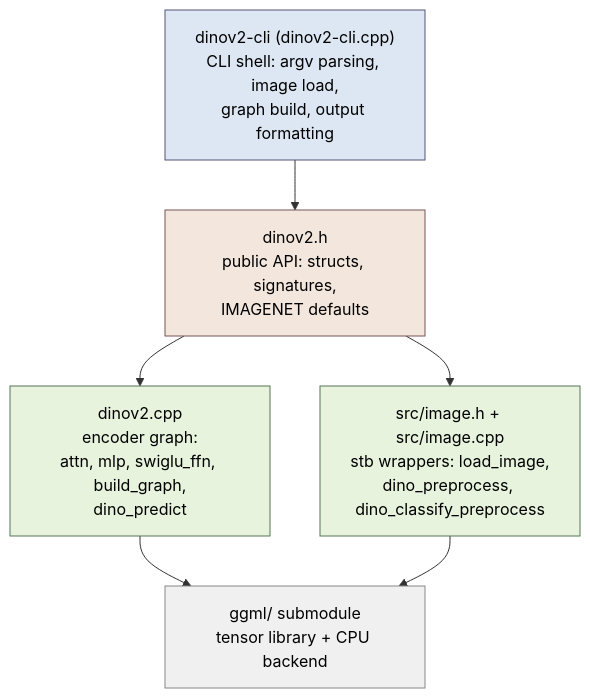
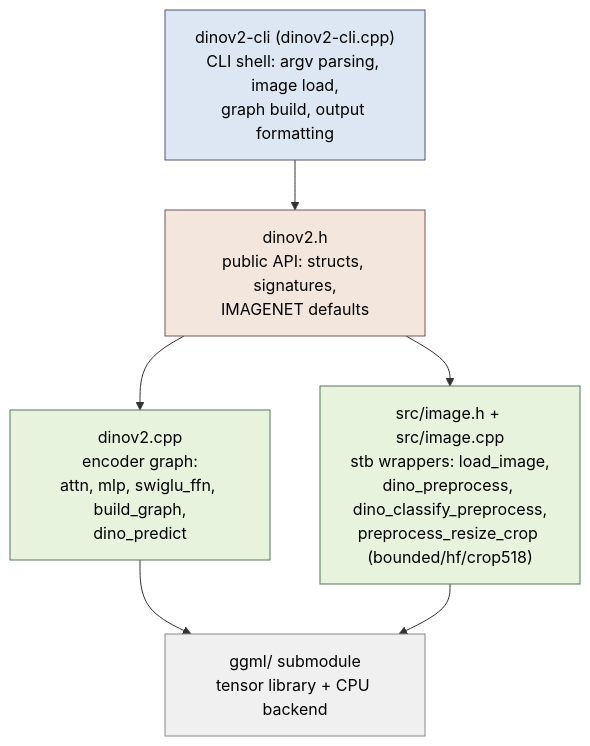
One commit to espetro/dinov2.cpp changed the first of 4 diagrams in ARCHITECTURE.md. Above: the diagram before and after it, drawn with Mermaid. The commit also changed other lines of this file and 4 other files, not shown here.

````diff
--- a/ARCHITECTURE.md
+++ b/ARCHITECTURE.md
@@ -20,23 +20,23 @@
 ```mermaid
 graph TD
     A["dinov2-cli (dinov2-cli.cpp)<br/>CLI shell: argv parsing, image load,<br/>graph build, output formatting"]
     B["dinov2.h<br/>public API: structs, signatures,<br/>IMAGENET defaults"]
     C["dinov2.cpp<br/>encoder graph:<br/>attn, mlp, swiglu_ffn, build_graph,<br/>dino_predict"]
-    D["src/image.h + src/image.cpp<br/>stb wrappers: load_image,<br/>dino_preprocess, dino_classify_preprocess"]
+    D["src/image.h + src/image.cpp<br/>stb wrappers: load_image,<br/>dino_preprocess, dino_classify_preprocess,<br/>preprocess_resize_crop (bounded/hf/crop518)"]
     E["ggml/ submodule<br/>tensor library + CPU backend"]
 
     A --> B
     B --> C
     B --> D
     C --> E
     D --> E
 
     classDef cli    fill:#dde7f3,stroke:#557,color:#000;
     classDef api    fill:#f3e7dd,stroke:#755,color:#000;
     classDef impl   fill:#e7f3dd,stroke:#575,color:#000;
     classDef vend   fill:#f0f0f0,stroke:#888,color:#000;
     class A cli
     class B api
     class C,D impl
     class E vend
 ```
````
